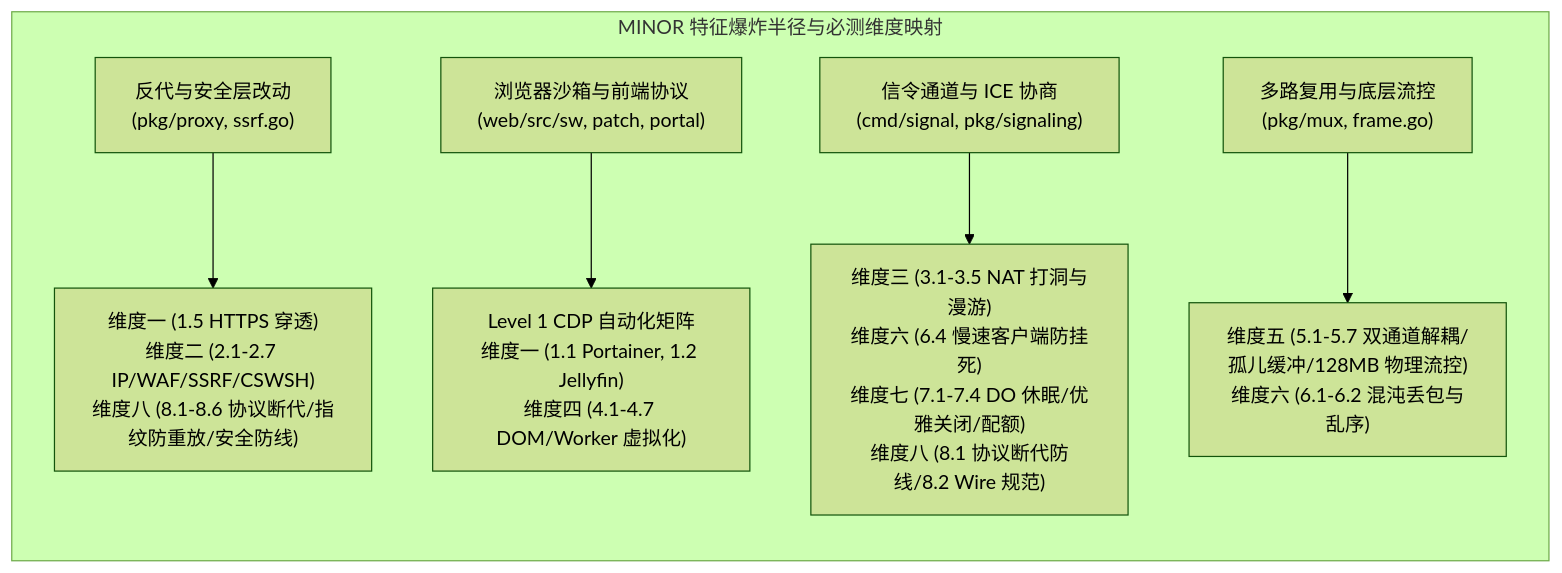
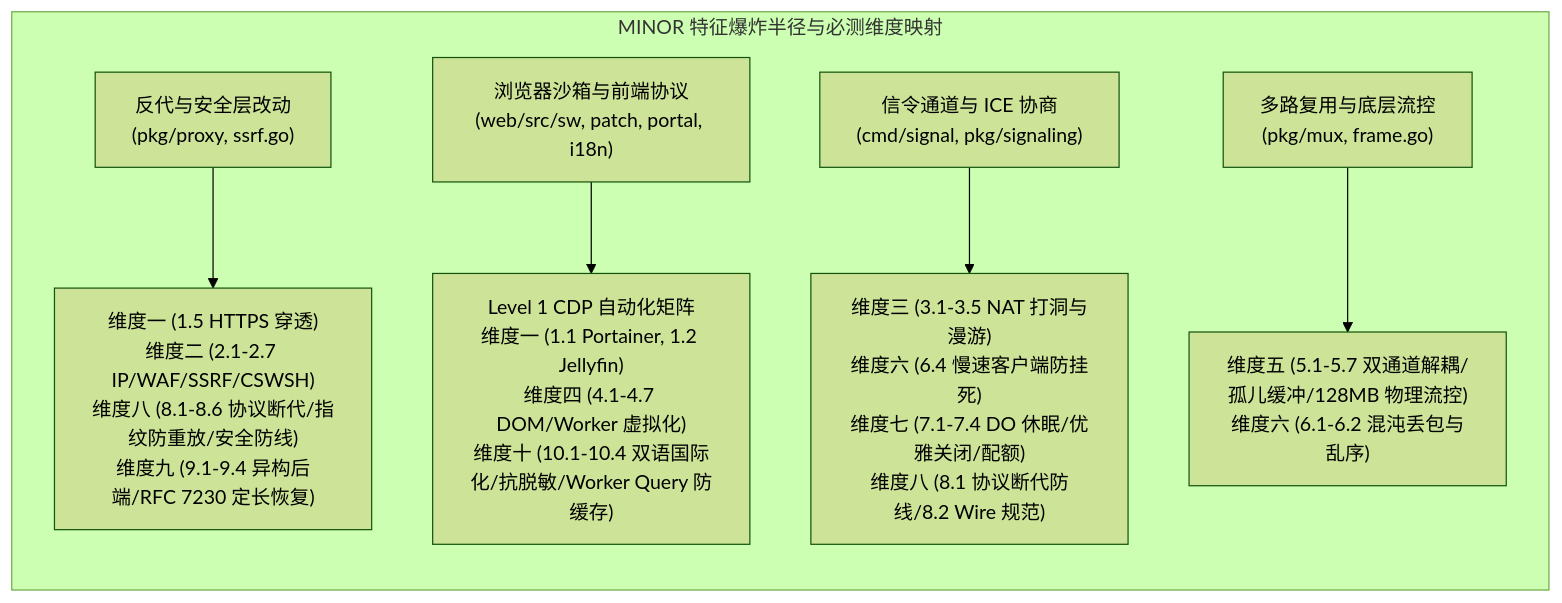
One commit to BeingNoAbility/WebRTC-Gateway changed the first of 3 diagrams in docs/TESTING_CHECKLIST.md. Above: the diagram before and after it, drawn with Mermaid (forest theme). The commit also changed other lines of this file and 1 other file, not shown here.

````diff
--- a/docs/TESTING_CHECKLIST.md
+++ b/docs/TESTING_CHECKLIST.md
@@ -21,9 +21,9 @@
 ```mermaid
 flowchart LR
     subgraph Blast_Radius_Mapping["MINOR 特征爆炸半径与必测维度映射"]
-        C1["反代与安全层改动<br/>(pkg/proxy, ssrf.go)"] --> R1["维度一 (1.5 HTTPS 穿透)<br/>维度二 (2.1-2.7 IP/WAF/SSRF/CSWSH)<br/>维度八 (8.1-8.6 协议断代/指纹防重放/安全防线)"]
-        C2["浏览器沙箱与前端协议<br/>(web/src/sw, patch, portal)"] --> R2["Level 1 CDP 自动化矩阵<br/>维度一 (1.1 Portainer, 1.2 Jellyfin)<br/>维度四 (4.1-4.7 DOM/Worker 虚拟化)"]
+        C1["反代与安全层改动<br/>(pkg/proxy, ssrf.go)"] --> R1["维度一 (1.5 HTTPS 穿透)<br/>维度二 (2.1-2.7 IP/WAF/SSRF/CSWSH)<br/>维度八 (8.1-8.6 协议断代/指纹防重放/安全防线)<br/>维度九 (9.1-9.4 异构后端/RFC 7230 定长恢复)"]
+        C2["浏览器沙箱与前端协议<br/>(web/src/sw, patch, portal, i18n)"] --> R2["Level 1 CDP 自动化矩阵<br/>维度一 (1.1 Portainer, 1.2 Jellyfin)<br/>维度四 (4.1-4.7 DOM/Worker 虚拟化)<br/>维度十 (10.1-10.4 双语国际化/抗脱敏/Worker Query 防缓存)"]
         C3["信令通道与 ICE 协商<br/>(cmd/signal, pkg/signaling)"] --> R3["维度三 (3.1-3.5 NAT 打洞与漫游)<br/>维度六 (6.4 慢速客户端防挂死)<br/>维度七 (7.1-7.4 DO 休眠/优雅关闭/配额)<br/>维度八 (8.1 协议断代防线/8.2 Wire 规范)"]
         C4["多路复用与底层流控<br/>(pkg/mux, frame.go)"] --> R4["维度五 (5.1-5.7 双通道解耦/孤儿缓冲/128MB 物理流控)<br/>维度六 (6.1-6.2 混沌丢包与乱序)"]
     end
 ```
````
